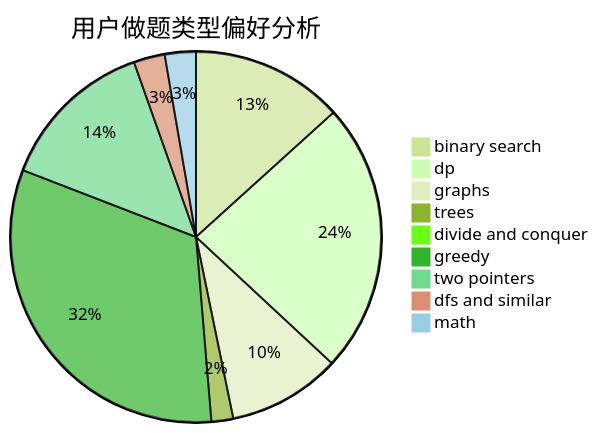
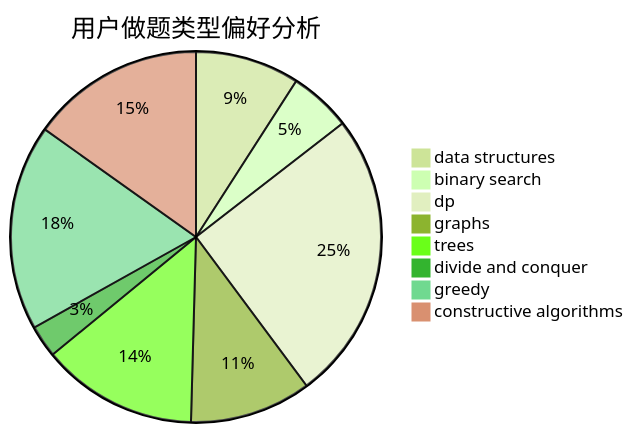
One commit to sherpahu/cfrs.github.io changed the second of 3 diagrams in docs/user/u2055.md. Above: the diagram before and after it, drawn with Mermaid (forest theme). The commit also changed other lines of this file and 2775 other files, not shown here.

````diff
--- a/docs/user/u2055.md
+++ b/docs/user/u2055.md
@@ -23,12 +23,11 @@
 ```mermaid
 pie title 用户做题类型偏好分析
-    "binary search" :  441
-    "dp" :  784
-    "graphs" :  327
+    "data structures" :  42
+    "binary search" :  25
+    "dp" :  117
+    "graphs" :  49
     "trees" :  63
-    "divide and conquer" :  17
-    "greedy" :  1068
-    "two pointers" :  455
-    "dfs and similar" :  90
-    "math" :  90
+    "divide and conquer" :  13
+    "greedy" :  83
+    "constructive algorithms" :  70
 ```
````
